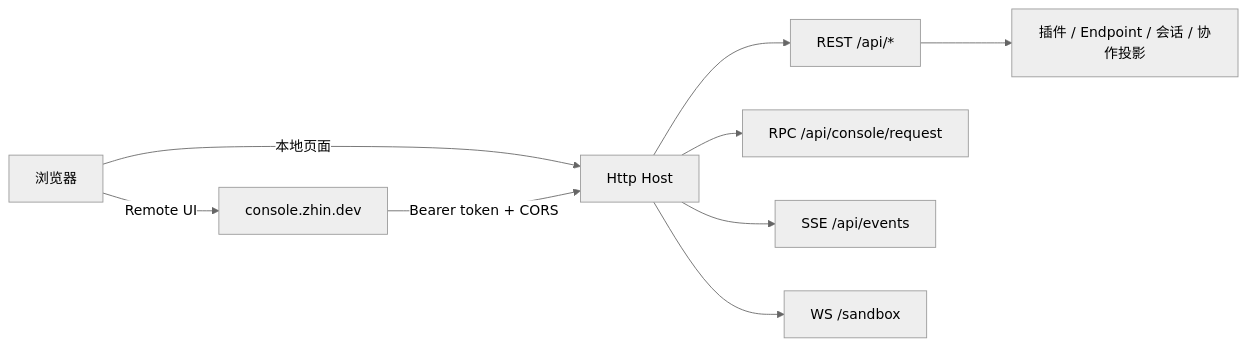
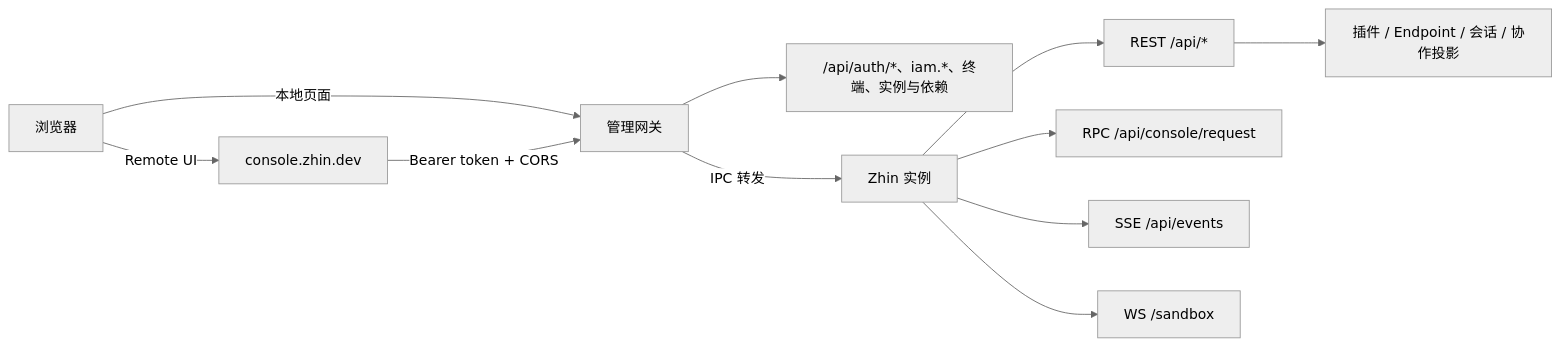
Before and after one commit to zhinjs/zhin: the diagram in docs/console/index.md, drawn with Mermaid (neutral theme). The commit also changed other lines of this file and 40 other files, not shown here.

````diff
--- a/docs/console/index.md
+++ b/docs/console/index.md
@@ -45,11 +54,13 @@
 ```mermaid
 flowchart LR
     B[浏览器] -->|Remote UI| RC[console.zhin.dev]
     B -->|本地页面| H
-    RC -->|Bearer token + CORS| H[Http Host]
-    H --> R1[REST /api/*]
-    H --> R2[RPC /api/console/request]
-    H --> R3[SSE /api/events]
-    H --> R4[WS /sandbox]
+    RC -->|Bearer token + CORS| H[管理网关]
+    H --> G1["/api/auth/*、iam.*、终端、实例与依赖"]
+    H -->|IPC 转发| R0[Zhin 实例]
+    R0 --> R1[REST /api/*]
+    R0 --> R2[RPC /api/console/request]
+    R0 --> R3[SSE /api/events]
+    R0 --> R4[WS /sandbox]
     R1 --> P[插件 / Endpoint / 会话 / 协作投影]
 ```
````
